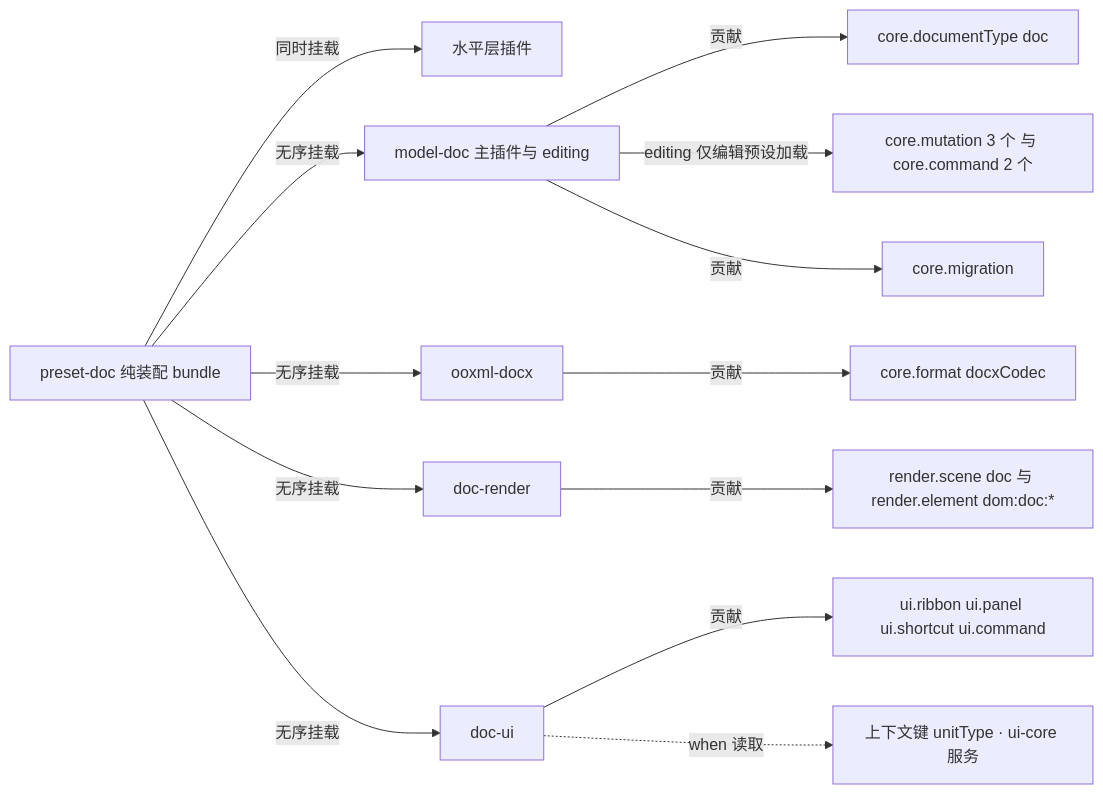
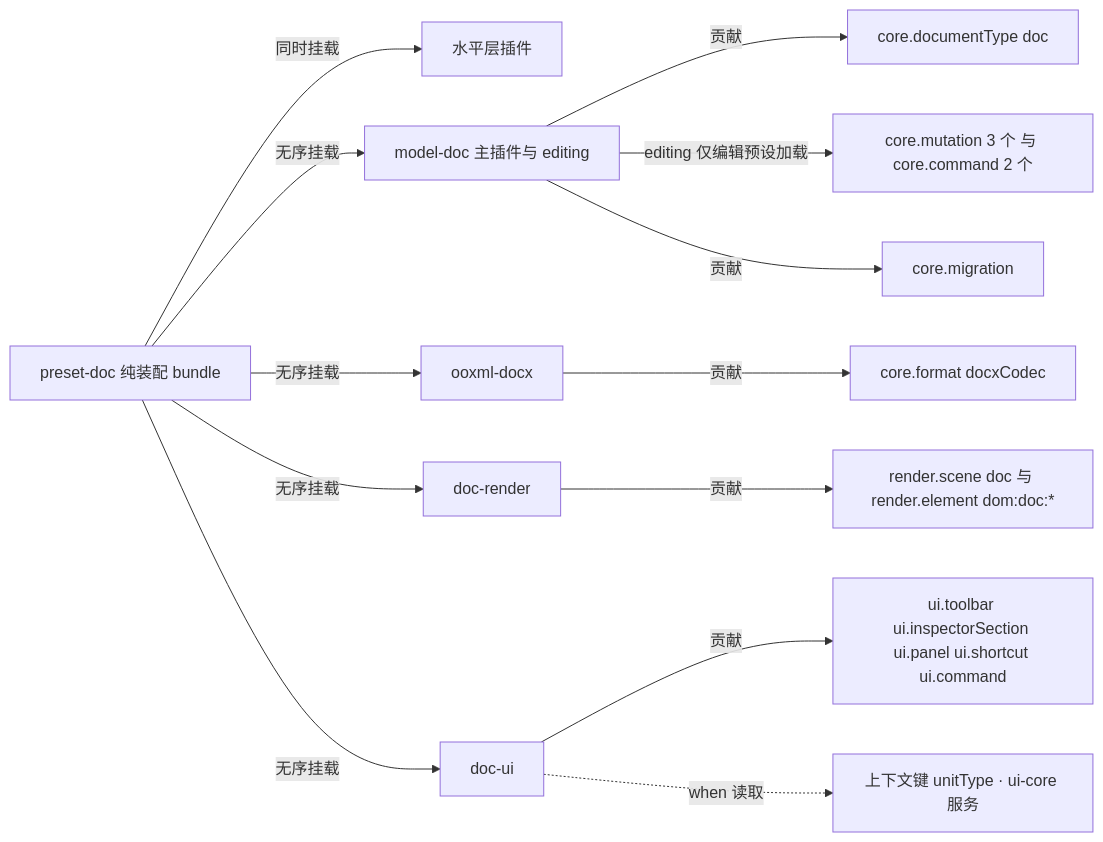
One commit to Xeonice/cordis-ppt-editor changed the fifth of 7 diagrams in docs/40-modules/13-doc-sheet-extension-skeleton.md. Above: the diagram before and after it, drawn with Mermaid. The commit also changed other lines of this file and 43 other files, not shown here.

````diff
--- a/docs/40-modules/13-doc-sheet-extension-skeleton.md
+++ b/docs/40-modules/13-doc-sheet-extension-skeleton.md
@@ -261,28 +261,28 @@
 ```mermaid
 flowchart LR
 presetDoc["preset-doc 纯装配 bundle"]
 horizPlugins["水平层插件"]
 modelDoc["model-doc 主插件与 editing"]
 ooxmlDocx["ooxml-docx"]
 docRender["doc-render"]
 docUi["doc-ui"]
 pDocType["core.documentType doc"]
 pEdit["core.mutation 3 个 与 core.command 2 个"]
 pMigration["core.migration"]
 pFormat["core.format docxCodec"]
 pScene["render.scene doc 与 render.element dom:doc:*"]
-pUi["ui.ribbon ui.panel ui.shortcut ui.command"]
+pUi["ui.toolbar ui.inspectorSection ui.panel ui.shortcut ui.command"]
 pKey["上下文键 unitType · ui-core 服务"]
 presetDoc -- "无序挂载" --> modelDoc
 presetDoc -- "无序挂载" --> ooxmlDocx
 presetDoc -- "无序挂载" --> docRender
 presetDoc -- "无序挂载" --> docUi
 presetDoc -- "同时挂载" --> horizPlugins
 modelDoc -- "贡献" --> pDocType
 modelDoc -- "editing 仅编辑预设加载" --> pEdit
 modelDoc -- "贡献" --> pMigration
 ooxmlDocx -- "贡献" --> pFormat
 docRender -- "贡献" --> pScene
 docUi -- "贡献" --> pUi
 docUi -. "when 读取" .-> pKey
 ```
````
